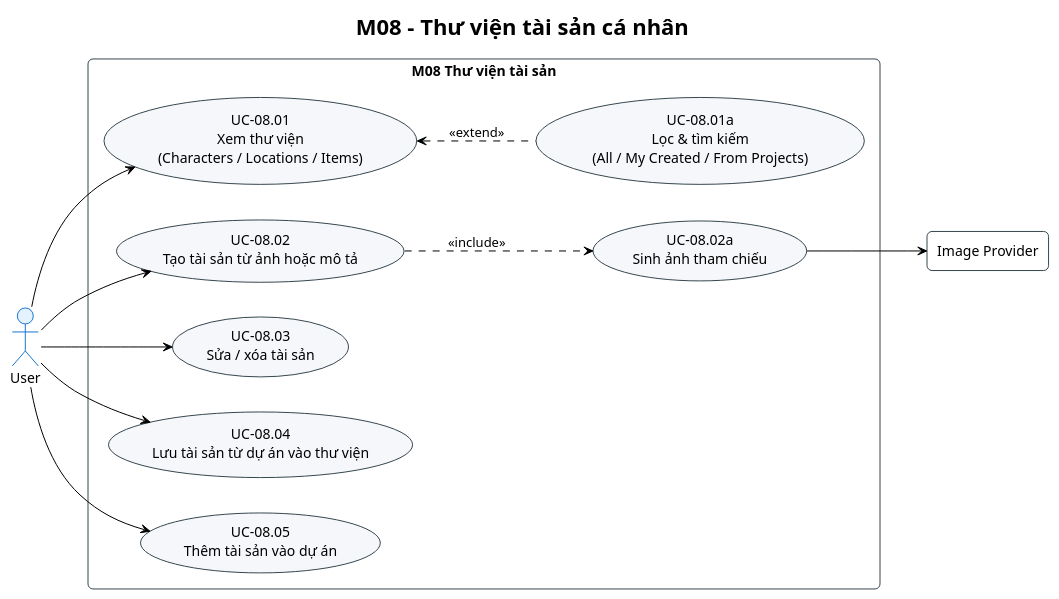
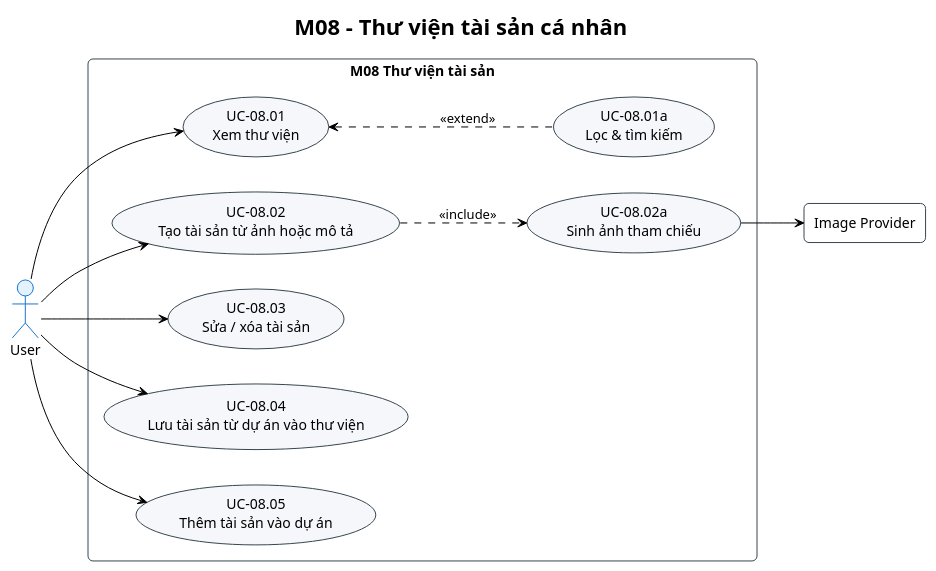
Before and after one commit to 202416852-anhpv/story2video-docs: the diagram in demo-c2story/so-do/01-use-case/phan-ra/uc-m08-thu-vien-tai-san.puml, drawn with PlantUML. The commit also changed 25 other files, not shown here.

```diff
--- a/demo-c2story/so-do/01-use-case/phan-ra/uc-m08-thu-vien-tai-san.puml
+++ b/demo-c2story/so-do/01-use-case/phan-ra/uc-m08-thu-vien-tai-san.puml
@@ -1,40 +1,40 @@
 @startuml UC_M08_ThuVien
 !theme plain
 skinparam defaultFontName "Segoe UI"
 skinparam roundCorner 10
 skinparam actor {
     BackgroundColor #E3F2FD
     BorderColor #1976D2
 }
 skinparam usecase {
     BackgroundColor #F5F7FA
     BorderColor #37474F
 }
 skinparam rectangle {
     BorderColor #37474F
 }
 left to right direction
 title M08 - Thư viện tài sản cá nhân
 
 actor "User" as User
 
 rectangle "M08 Thư viện tài sản" {
-    usecase "UC-08.01\nXem thư viện\n(Characters / Locations / Items)" as UC1
-    usecase "UC-08.01a\nLọc & tìm kiếm\n(All / My Created / From Projects)" as UC1a
+    usecase "UC-08.01\nXem thư viện" as UC1
+    usecase "UC-08.01a\nLọc & tìm kiếm" as UC1a
     usecase "UC-08.02\nTạo tài sản từ ảnh hoặc mô tả" as UC2
     usecase "UC-08.02a\nSinh ảnh tham chiếu" as UC2a
     usecase "UC-08.03\nSửa / xóa tài sản" as UC3
     usecase "UC-08.04\nLưu tài sản từ dự án vào thư viện" as UC4
     usecase "UC-08.05\nThêm tài sản vào dự án" as UC5
 }
 rectangle "Image Provider" as IMG
 
 User --> UC1
 User --> UC2
 User --> UC3
 User --> UC4
 User --> UC5
 UC1 <.. UC1a : <<extend>>
 UC2 ..> UC2a : <<include>>
 UC2a --> IMG
 @enduml
```
